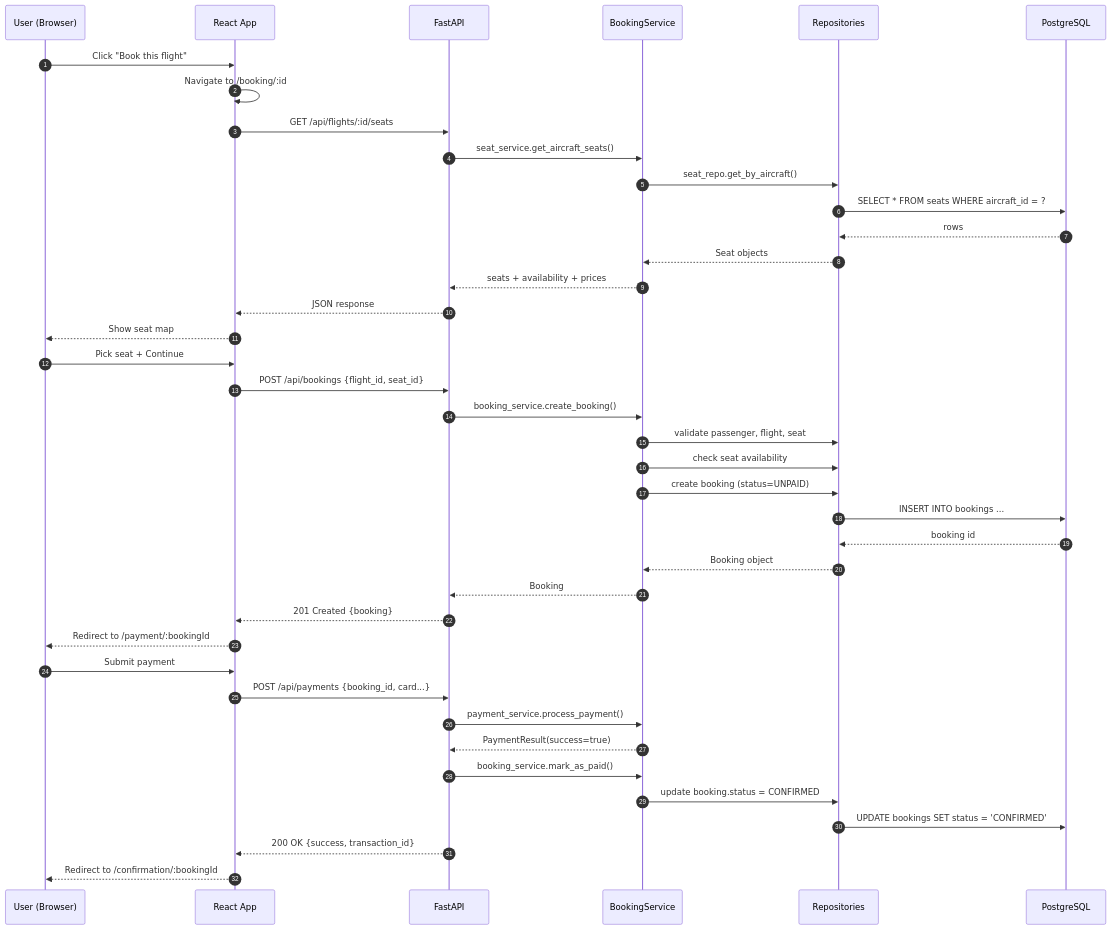
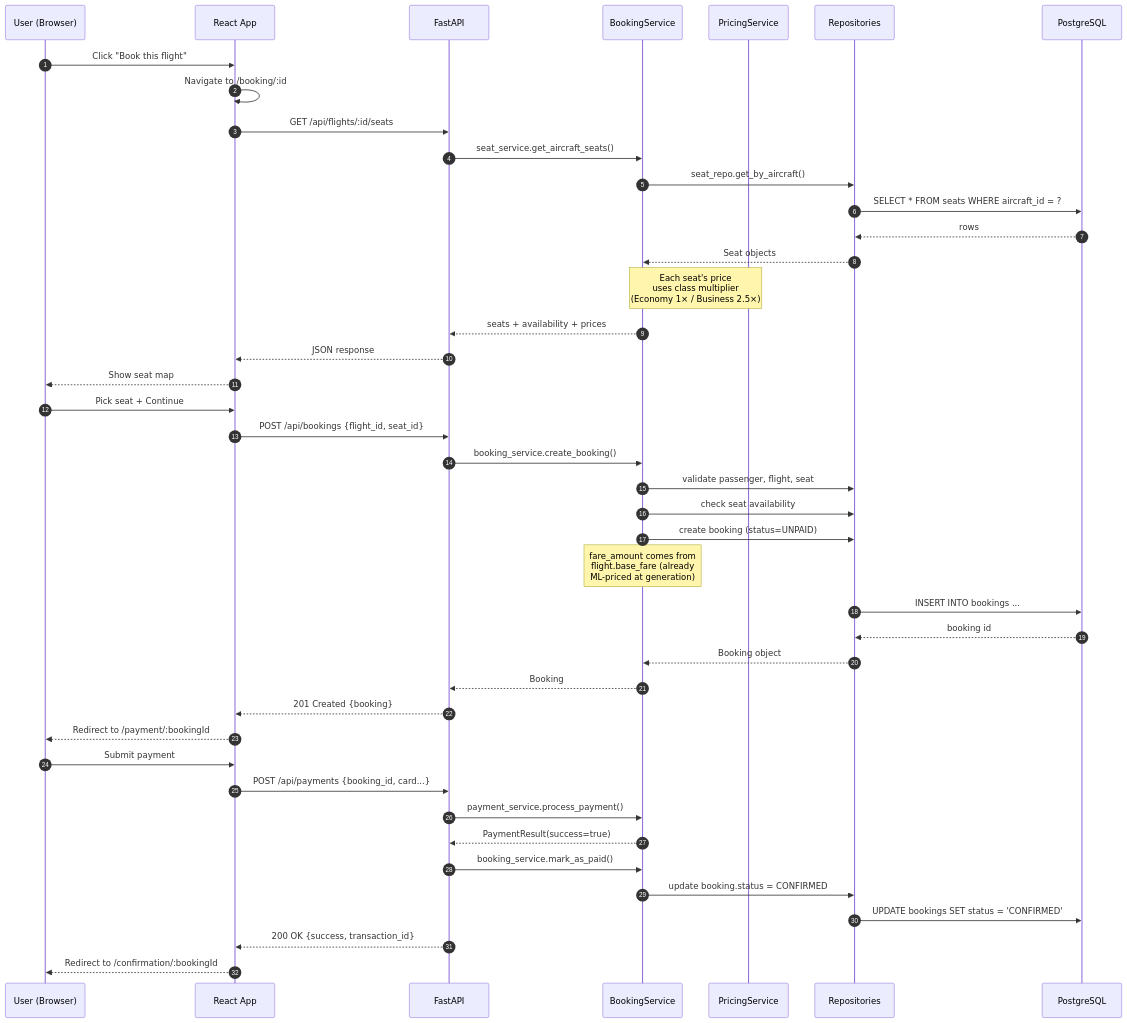
Before and after one commit to code-withrafi/airline-management-system: the diagram in docs/diagrams/3.data-flow-passenger-booking.mmd, drawn with Mermaid. The commit also changed 13 other files, not shown here.

Commit message:
docs: update architecture, setup, and user guides

```diff
--- a/docs/diagrams/3.data-flow-passenger-booking.mmd
+++ b/docs/diagrams/3.data-flow-passenger-booking.mmd
@@ -1,43 +1,46 @@
 sequenceDiagram
     autonumber
     participant U as User (Browser)
     participant R as React App
     participant F as FastAPI
     participant S as BookingService
+    participant P as PricingService
     participant Repo as Repositories
     participant DB as PostgreSQL
 
     U->>R: Click "Book this flight"
     R->>R: Navigate to /booking/:id
     R->>F: GET /api/flights/:id/seats
     F->>S: seat_service.get_aircraft_seats()
     S->>Repo: seat_repo.get_by_aircraft()
     Repo->>DB: SELECT * FROM seats WHERE aircraft_id = ?
     DB-->>Repo: rows
     Repo-->>S: Seat objects
+    Note over S,P: Each seat's price<br/>uses class multiplier<br/>(Economy 1× / Business 2.5×)
     S-->>F: seats + availability + prices
     F-->>R: JSON response
     R-->>U: Show seat map
 
     U->>R: Pick seat + Continue
     R->>F: POST /api/bookings {flight_id, seat_id}
     F->>S: booking_service.create_booking()
     S->>Repo: validate passenger, flight, seat
     S->>Repo: check seat availability
     S->>Repo: create booking (status=UNPAID)
+    Note over S: fare_amount comes from<br/>flight.base_fare (already<br/>ML-priced at generation)
     Repo->>DB: INSERT INTO bookings ...
     DB-->>Repo: booking id
     Repo-->>S: Booking object
     S-->>F: Booking
     F-->>R: 201 Created {booking}
     R-->>U: Redirect to /payment/:bookingId
 
     U->>R: Submit payment
     R->>F: POST /api/payments {booking_id, card...}
     F->>S: payment_service.process_payment()
     S-->>F: PaymentResult(success=true)
     F->>S: booking_service.mark_as_paid()
     S->>Repo: update booking.status = CONFIRMED
     Repo->>DB: UPDATE bookings SET status = 'CONFIRMED'
     F-->>R: 200 OK {success, transaction_id}
     R-->>U: Redirect to /confirmation/:bookingId
```
